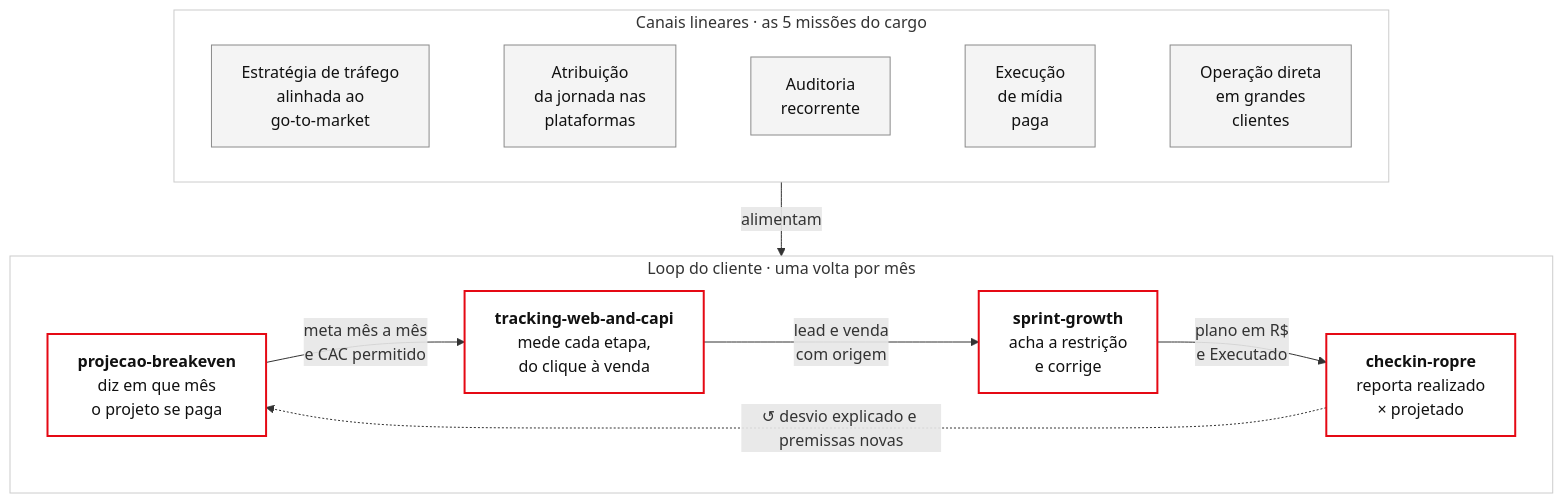
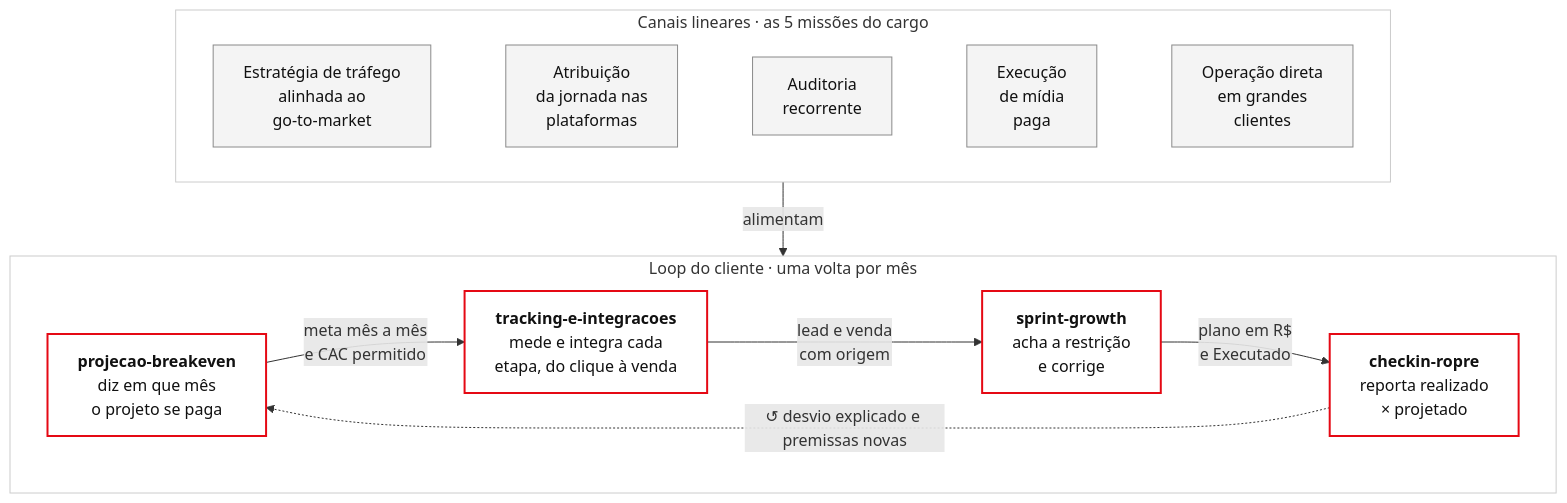
The first of 2 diagrams in README.md (jeanreisv4/growth-enginner), drawn with Mermaid before and after one commit. The commit also changed other lines of this file and 72 other files, not shown here.

First line of the commit message:
tracking-e-integracoes v2.0.0 (antes tracking-web-and-capi) + sprint-growth v2.2.1

````diff
--- a/README.md
+++ b/README.md
@@ -23,26 +23,26 @@
 ```mermaid
 flowchart TB
     classDef missao fill:#F4F4F4,stroke:#8A8A8A,color:#111
     classDef skill fill:#FFFFFF,stroke:#E50914,stroke-width:2px,color:#111
 
     subgraph M["Canais lineares · as 5 missões do cargo"]
         direction LR
         M3["Estratégia de tráfego<br/>alinhada ao<br/>go-to-market"]:::missao ~~~ M5["Atribuição<br/>da jornada nas<br/>plataformas"]:::missao ~~~ M2["Auditoria<br/>recorrente"]:::missao ~~~ M4["Execução<br/>de mídia<br/>paga"]:::missao ~~~ M1["Operação direta<br/>em grandes<br/>clientes"]:::missao
     end
 
     subgraph L["Loop do cliente · uma volta por mês"]
         direction LR
         P["<b>projecao-breakeven</b><br/>diz em que mês<br/>o projeto se paga"]:::skill
-        T["<b>tracking-web-and-capi</b><br/>mede cada etapa,<br/>do clique à venda"]:::skill
+        T["<b>tracking-e-integracoes</b><br/>mede e integra cada<br/>etapa, do clique à venda"]:::skill
         S["<b>sprint-growth</b><br/>acha a restrição<br/>e corrige"]:::skill
         C["<b>checkin-ropre</b><br/>reporta realizado<br/>× projetado"]:::skill
         P -->|"meta mês a mês<br/>e CAC permitido"| T
         T -->|"lead e venda<br/>com origem"| S
         S -->|"plano em R$<br/>e Executado"| C
         C -.->|"↺ desvio explicado e premissas novas"| P
     end
 
     M -->|"alimentam"| L
     style M fill:#FFFFFF,stroke:#CCCCCC
     style L fill:#FFFFFF,stroke:#CCCCCC
 ```
````
